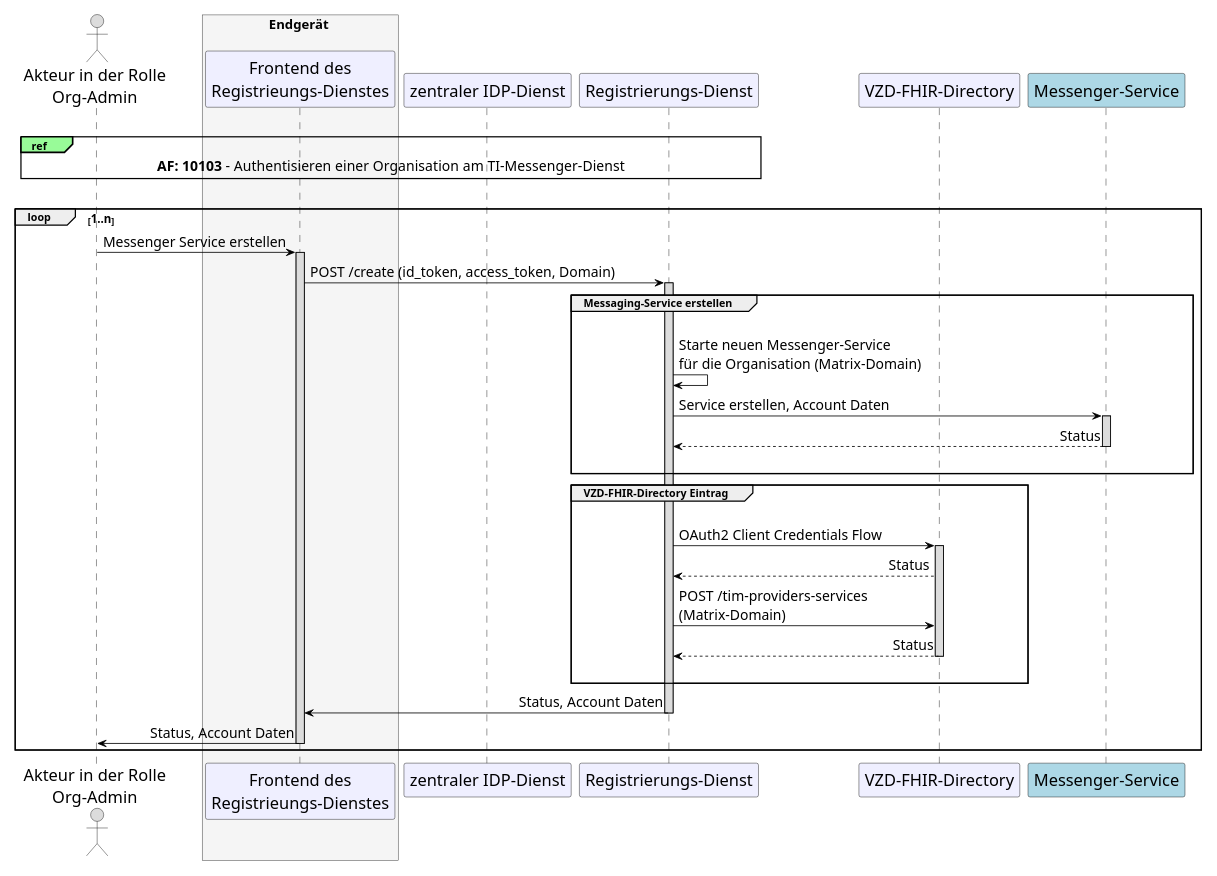
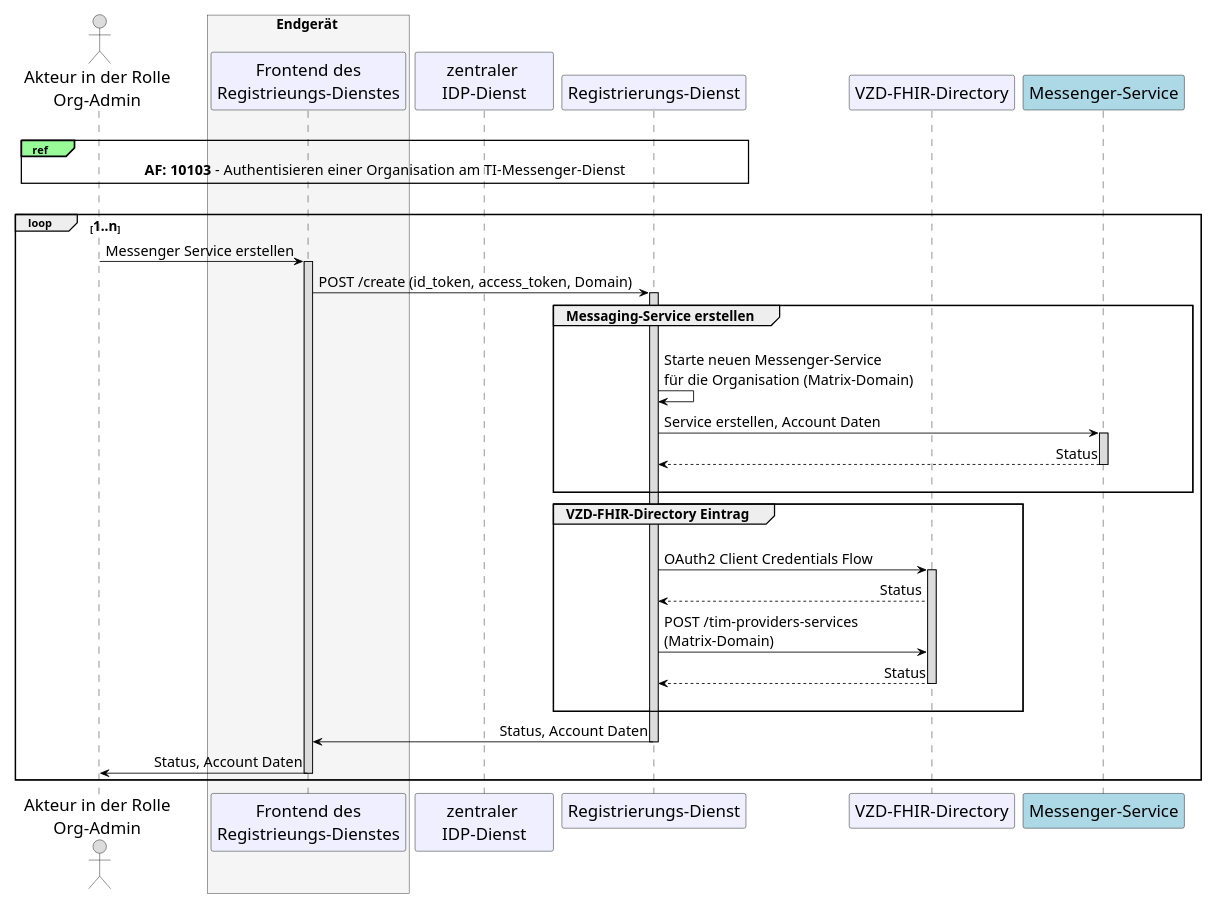
Before and after one commit to gematik/api-ti-messenger: the diagram in src/plantuml/TI-Messenger-Dienst/Ressourcen/UC_10060_Seq.puml, drawn with PlantUML.

```diff
--- a/src/plantuml/TI-Messenger-Dienst/Ressourcen/UC_10060_Seq.puml
+++ b/src/plantuml/TI-Messenger-Dienst/Ressourcen/UC_10060_Seq.puml
@@ -9,75 +9,75 @@
 @startuml
 skinparam sequenceMessageAlign direction
 skinparam WrapWidth 300
 skinparam minClassWidth 150
 skinparam BoxPadding 1
 skinparam sequenceReferenceHeaderBackgroundColor palegreen
 scale max 850 width
 
 skinparam sequence {
 ArrowColor black
 ArrowFontSize 17
 ActorBorderColor black
 LifeLineBorderColor black
 LifeLineBackgroundColor Gainsboro
 
 ParticipantBorderColor Motivation
 ParticipantBackgroundColor Motivation
 ParticipantFontName Impact
 ParticipantFontSize 20
 ParticipantFontColor black
 ParticipantBorderColor Black
 ParticipantBackgroundColor MOTIVATION
 
 ActorBackgroundColor Gainsboro
 ActorFontColor black
 ActorFontSize 20
 ActorFontName Aapex
 }
     actor U as "Akteur in der Rolle\nOrg-Admin"
       box <size:16>Endgerät</size> #WhiteSmoke
         participant C as "Frontend des\nRegistrieungs-Dienstes"
       end box
-    participant I as "zentraler IDP-Dienst"
+    participant I as "zentraler \nIDP-Dienst"
     participant R as "Registrierungs-Dienst"
     participant VZD as "VZD-FHIR-Directory"
     participant MS as "Messenger-Service" #LightBlue
 
-    |||
-    ref over U, R: <size:17>**AF: 10103** - Authentisieren einer Organisation  am TI-Messenger-Dienst</size> 
-    |||
+|||
+ref over U, R: <size:17>**AF: 10103** - Authentisieren einer Organisation  am TI-Messenger-Dienst</size> 
+|||
 
-loop <size:14>1..n</size>
-    U->C: Messenger Service erstellen
-      Activate C
+loop <size:16>1..n</size>
+  U->C: Messenger Service erstellen
+  Activate C
+  C->R: POST /create (id_token, access_token, Domain)
+    Activate R
     
-    C->R: POST /create (id_token, access_token, Domain)
-      Activate R
-    
-    group Messaging-Service erstellen
+    group <size:16>Messaging-Service erstellen</size>
     |||
       R->R: Starte neuen Messenger-Service \nfür die Organisation (Matrix-Domain)
       R->MS: Service erstellen, Account Daten
         Activate MS
       MS-->R: Status
         Deactivate MS
     |||
     end
     
-    group VZD-FHIR-Directory Eintrag
+    group <size:16>VZD-FHIR-Directory Eintrag</size>
     |||
       R->VZD: OAuth2 Client Credentials Flow
         Activate VZD
       VZD-->R: Status
       R->VZD: POST /tim-providers-services \n(Matrix-Domain)
       VZD-->R: Status
         Deactivate VZD
     |||
     end
 
-    R->C: Status, Account Daten
-      Deactivate R
-    C->U: Status, Account Daten
-      Deactivate C
+  R->C: Status, Account Daten
+    Deactivate R
+  C->U: Status, Account Daten
+    Deactivate C
 end
+
 @enduml
```
